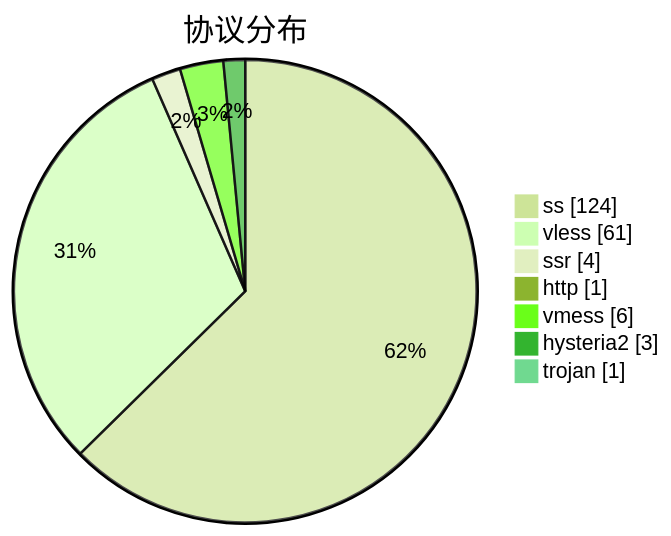
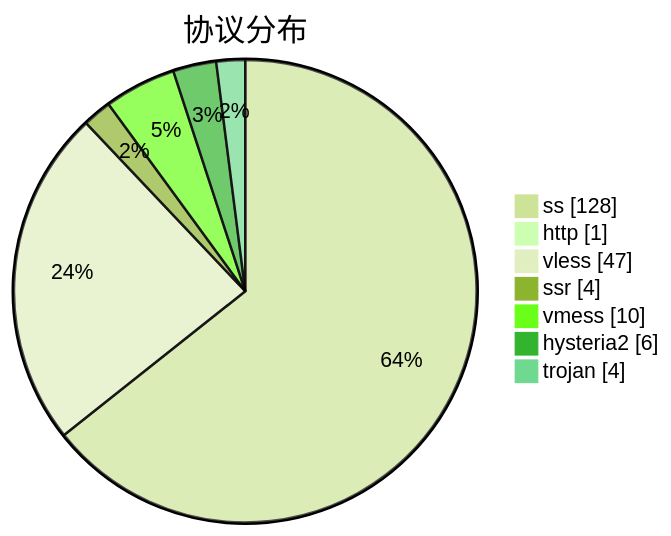
Before and after one commit to qjlxg/airport: the third of 3 diagrams in subs/statistics/tested_within.md, drawn with Mermaid (forest theme). The commit also changed other lines of this file and 2 other files, not shown here.

````diff
--- a/subs/statistics/tested_within.md
+++ b/subs/statistics/tested_within.md
@@ -25,11 +27,11 @@
 ```mermaid
 pie showData
 title 协议分布
-"ss" : 124
-"vless" : 61
+"ss" : 128
+"http" : 1
+"vless" : 47
 "ssr" : 4
-"http" : 1
-"vmess" : 6
-"hysteria2" : 3
-"trojan" : 1
+"vmess" : 10
+"hysteria2" : 6
+"trojan" : 4
 ```
````
